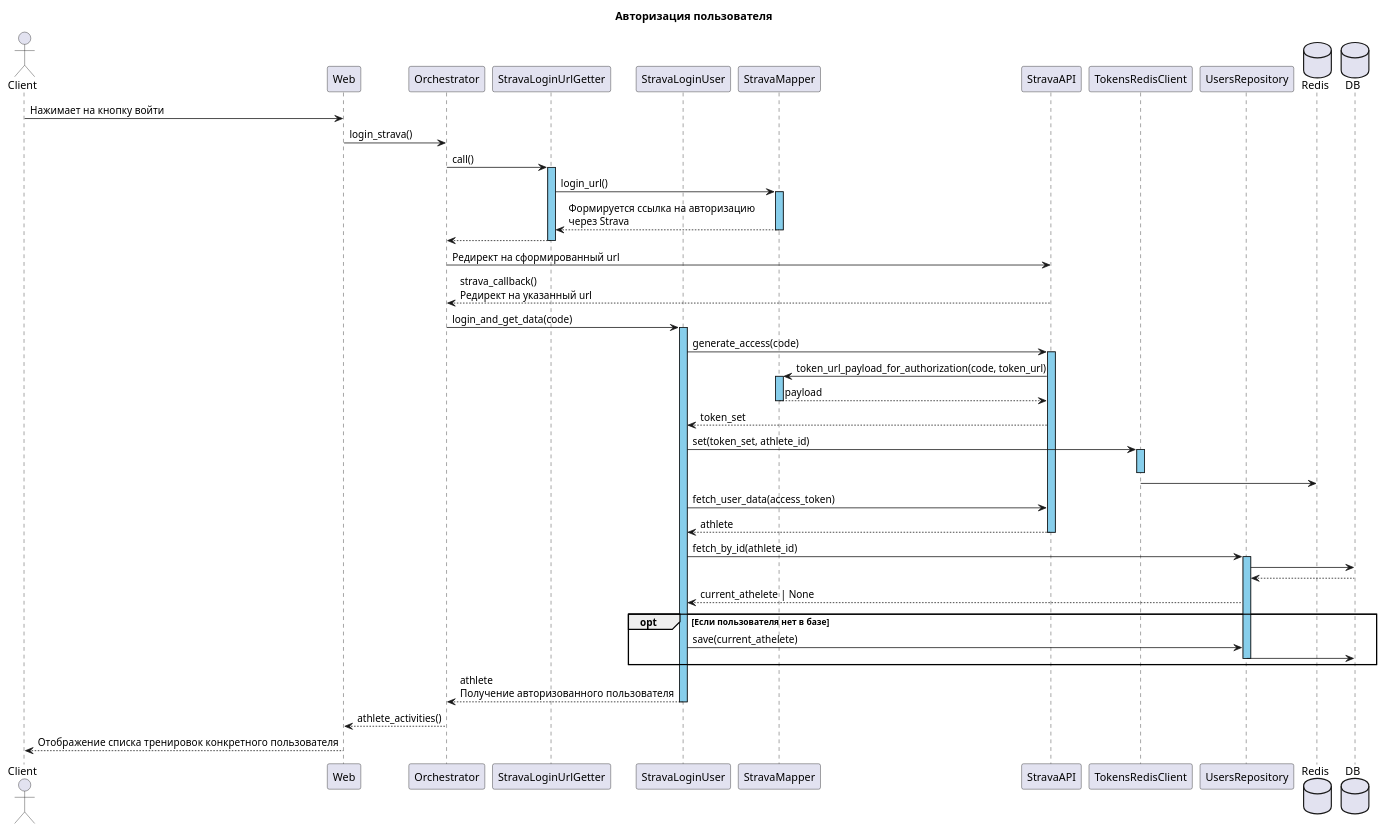
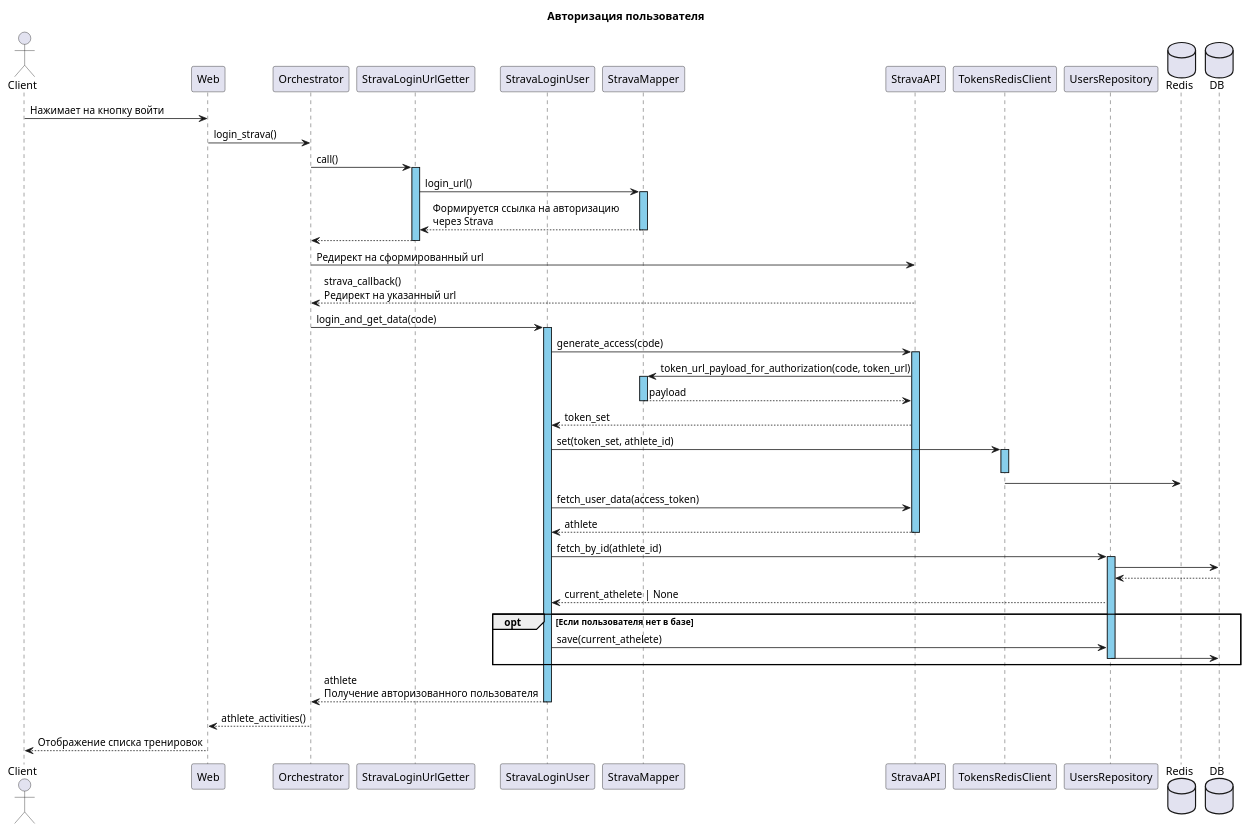
The diagram in diagrams/sequence_login.puml (VadimBarinov/strava-activity-ui), drawn with PlantUML before and after one commit.

```diff
--- a/diagrams/sequence_login.puml
+++ b/diagrams/sequence_login.puml
@@ -1,54 +1,54 @@
 @startuml
 
 title Авторизация пользователя
 
 actor Client
 participant Web
 participant Orchestrator
 participant StravaLoginUrlGetter
 participant StravaLoginUser
 participant StravaMapper
 participant StravaAPI
 participant TokensRedisClient
 participant UsersRepository
 database Redis
 database DB 
 
 Client -> Web : Нажимает на кнопку войти
 Web -> Orchestrator : login_strava()
 
 Orchestrator -> StravaLoginUrlGetter ++ #SkyBlue : call()
 StravaLoginUrlGetter -> StravaMapper ++ #SkyBlue : login_url()
 StravaLoginUrlGetter <-- StravaMapper -- : Формируется ссылка на авторизацию \nчерез Strava
 Orchestrator <-- StravaLoginUrlGetter --
 
 Orchestrator -> StravaAPI : Редирект на сформированный url
 Orchestrator <-- StravaAPI : strava_callback() \nРедирект на указанный url
 
 Orchestrator -> StravaLoginUser ++ #SkyBlue : login_and_get_data(code)
 StravaLoginUser -> StravaAPI ++ #SkyBlue : generate_access(code)
 StravaAPI -> StravaMapper ++ #SkyBlue : token_url_payload_for_authorization(code, token_url)
 StravaAPI <-- StravaMapper -- : payload
 StravaLoginUser <-- StravaAPI : token_set
 
 StravaLoginUser -> TokensRedisClient ++ #SkyBlue : set(token_set, athlete_id)
 deactivate TokensRedisClient
 TokensRedisClient -> Redis
 StravaLoginUser -> StravaAPI : fetch_user_data(access_token)
 StravaLoginUser <-- StravaAPI -- : athlete
 StravaLoginUser -> UsersRepository ++ #SkyBlue : fetch_by_id(athlete_id)
 UsersRepository -> DB
 UsersRepository <-- DB
 StravaLoginUser <-- UsersRepository : current_athelete | None
 
 opt Если пользователя нет в базе
     StravaLoginUser -> UsersRepository : save(current_athelete)
     UsersRepository -> DB
     deactivate UsersRepository
 end
 
 Orchestrator <-- StravaLoginUser -- : athlete \nПолучение авторизованного пользователя
 Web <-- Orchestrator : athlete_activities()
-Client <-- Web : Отображение списка тренировок конкретного пользователя
+Client <-- Web : Отображение списка тренировок
 
 @enduml
```
